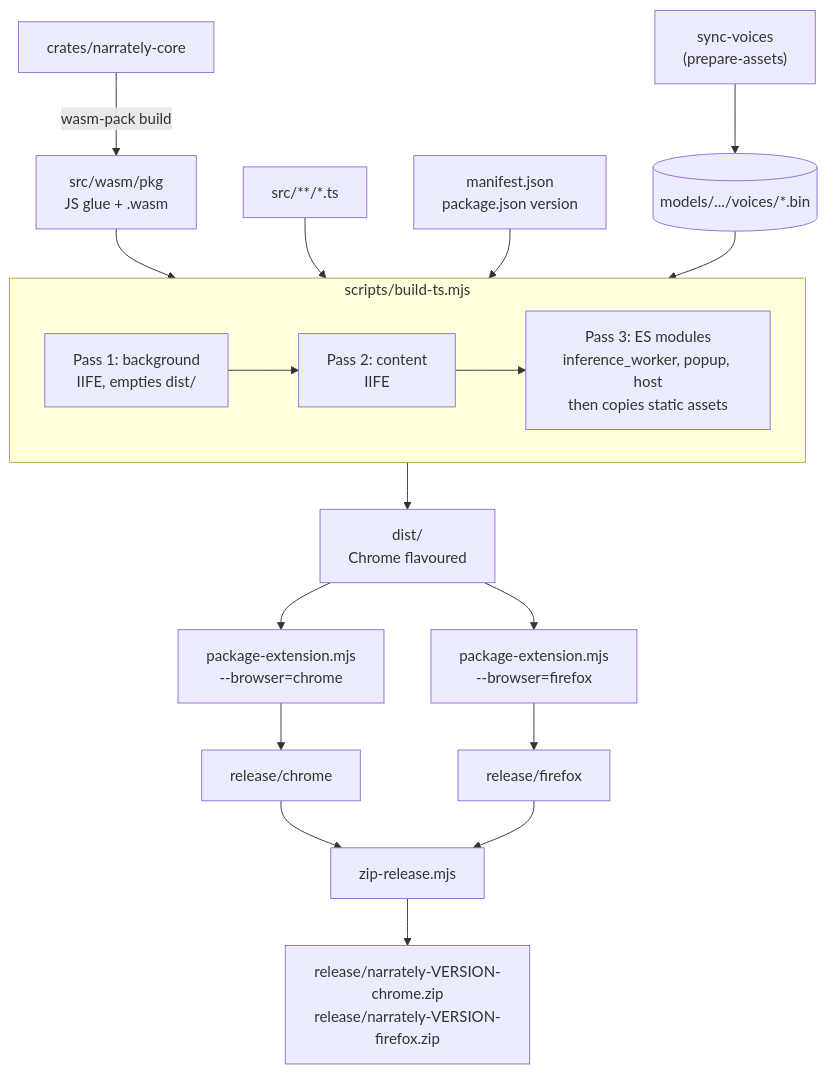
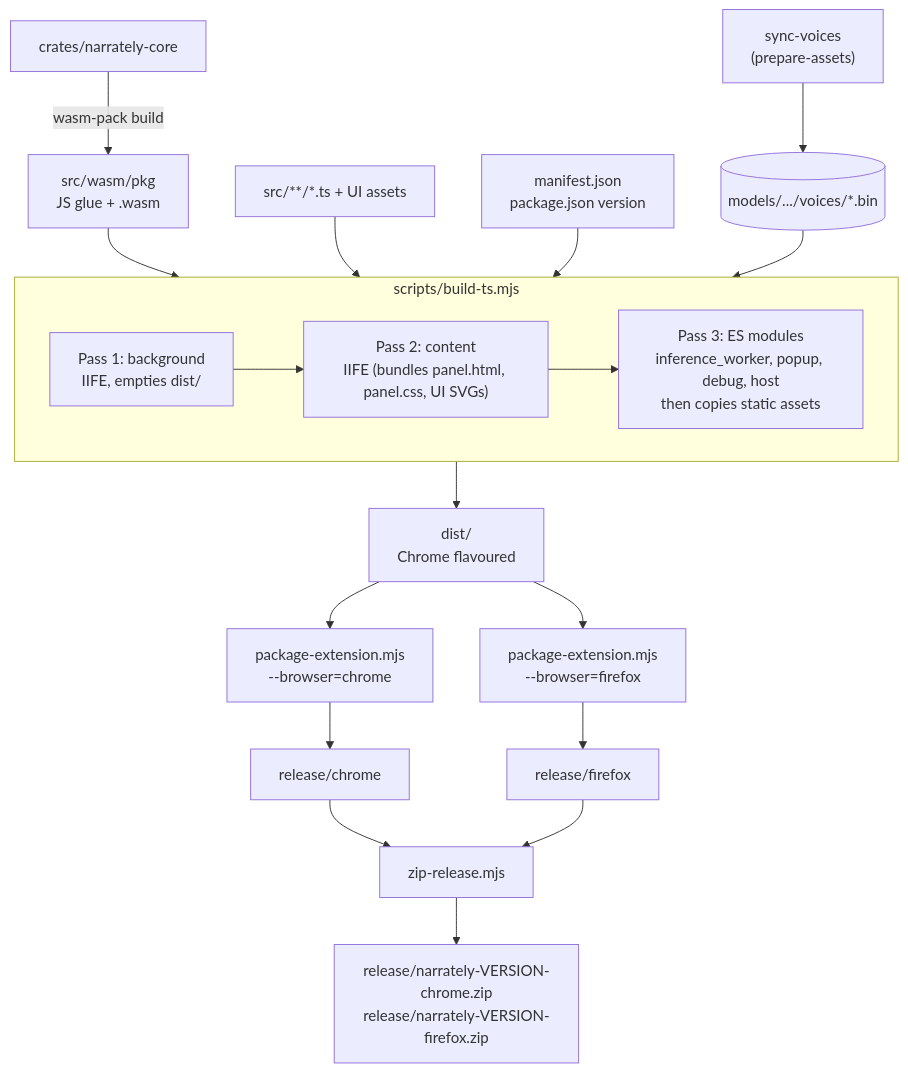
The first of 2 diagrams in docs/building.md (abdullahkhfb/narrately), drawn with Mermaid before and after one commit. The commit also changed other lines of this file and 50 other files, not shown here.

````diff
--- a/docs/building.md
+++ b/docs/building.md
@@ -25,26 +25,26 @@
 ```mermaid
 flowchart TD
     voices["sync-voices<br/>(prepare-assets)"] --> models[("models/.../voices/*.bin")]
     rust["crates/narrately-core"] -->|"wasm-pack build"| pkg["src/wasm/pkg<br/>JS glue + .wasm"]
 
     subgraph buildts["scripts/build-ts.mjs"]
         p1["Pass 1: background<br/>IIFE, empties dist/"]
-        p2["Pass 2: content<br/>IIFE"]
-        p3["Pass 3: ES modules<br/>inference_worker, popup, host<br/>then copies static assets"]
+        p2["Pass 2: content<br/>IIFE (bundles panel.html, panel.css, UI SVGs)"]
+        p3["Pass 3: ES modules<br/>inference_worker, popup, debug, host<br/>then copies static assets"]
         p1 --> p2 --> p3
     end
 
     pkg --> buildts
-    ts["src/**/*.ts"] --> buildts
+    ts["src/**/*.ts + UI assets"] --> buildts
     manifest["manifest.json<br/>package.json version"] --> buildts
     models --> buildts
     buildts --> dist["dist/<br/>Chrome flavoured"]
 
     dist --> pkgchrome["package-extension.mjs<br/>--browser=chrome"]
     dist --> pkgff["package-extension.mjs<br/>--browser=firefox"]
     pkgchrome --> rchrome["release/chrome"]
     pkgff --> rff["release/firefox"]
     rchrome --> zip["zip-release.mjs"]
     rff --> zip
     zip --> zips["release/narrately-VERSION-chrome.zip<br/>release/narrately-VERSION-firefox.zip"]
 ```
````
